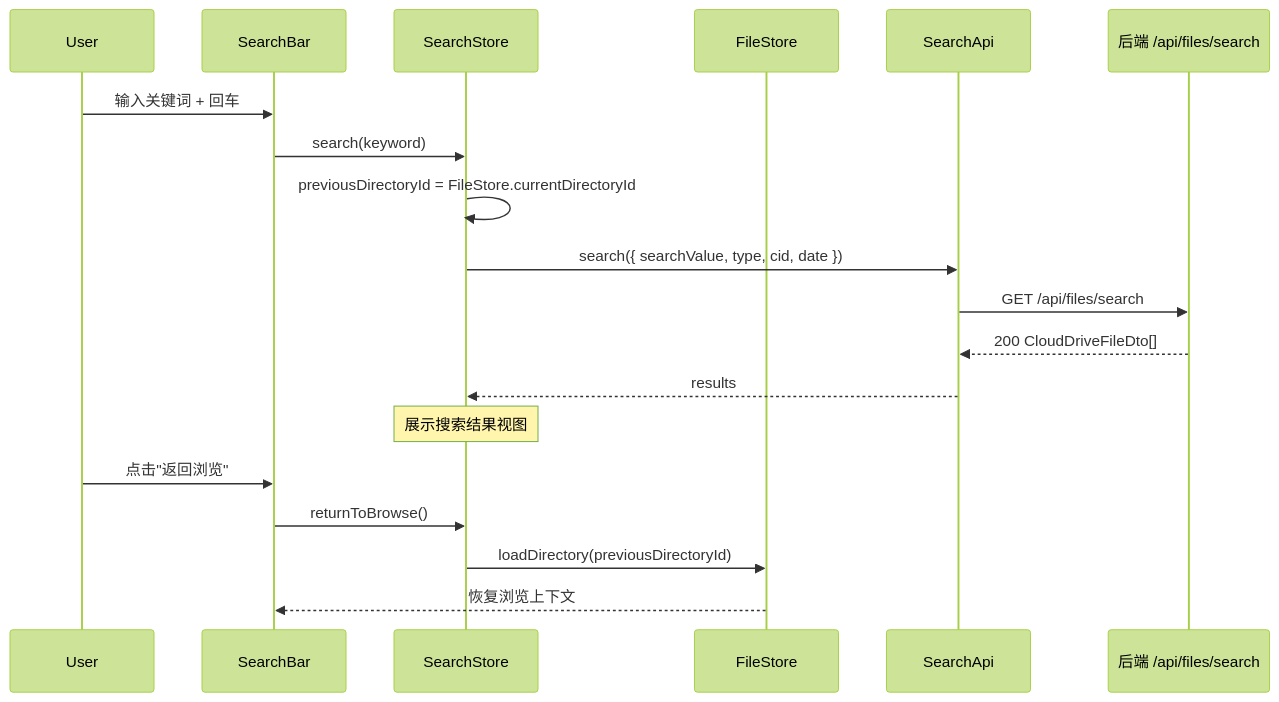
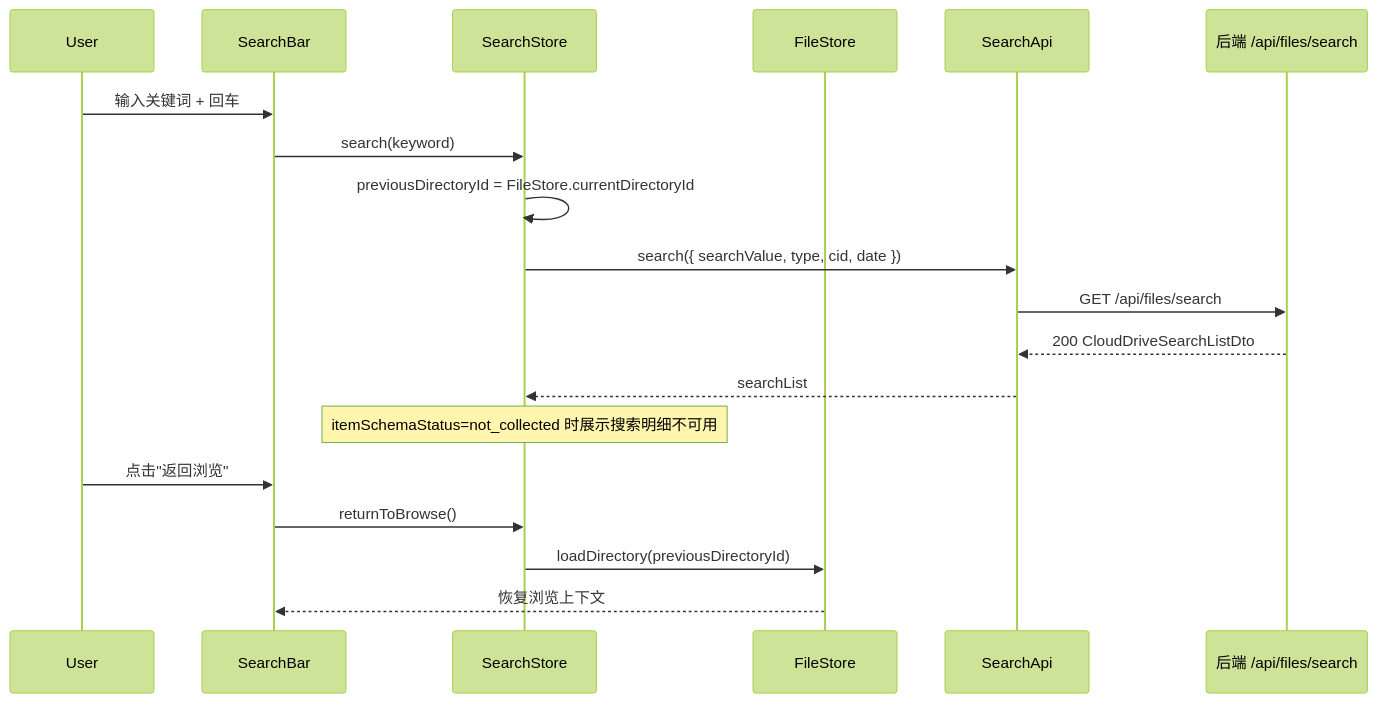
One commit to sun-1221/CloudDrive_115 changed the fifth of 8 diagrams in .kiro/specs/115-cloud-drive-frontend/design.md. Above: the diagram before and after it, drawn with Mermaid (forest theme). The commit also changed other lines of this file and 5 other files, not shown here.

````diff
--- a/.kiro/specs/115-cloud-drive-frontend/design.md
+++ b/.kiro/specs/115-cloud-drive-frontend/design.md
@@ -703,24 +710,24 @@
 ```mermaid
 sequenceDiagram
     participant User
     participant SearchBar
     participant SearchStore
     participant FileStore
     participant SearchApi
     participant Backend as 后端 /api/files/search
 
     User->>SearchBar: 输入关键词 + 回车
     SearchBar->>SearchStore: search(keyword)
     SearchStore->>SearchStore: previousDirectoryId = FileStore.currentDirectoryId
     SearchStore->>SearchApi: search({ searchValue, type, cid, date })
     SearchApi->>Backend: GET /api/files/search
-    Backend-->>SearchApi: 200 CloudDriveFileDto[]
-    SearchApi-->>SearchStore: results
+    Backend-->>SearchApi: 200 CloudDriveSearchListDto
+    SearchApi-->>SearchStore: searchList
 
-    Note over SearchStore: 展示搜索结果视图
+    Note over SearchStore: itemSchemaStatus=not_collected 时展示搜索明细不可用
 
     User->>SearchBar: 点击"返回浏览"
     SearchBar->>SearchStore: returnToBrowse()
     SearchStore->>FileStore: loadDirectory(previousDirectoryId)
     FileStore-->>SearchBar: 恢复浏览上下文
 ```
````
